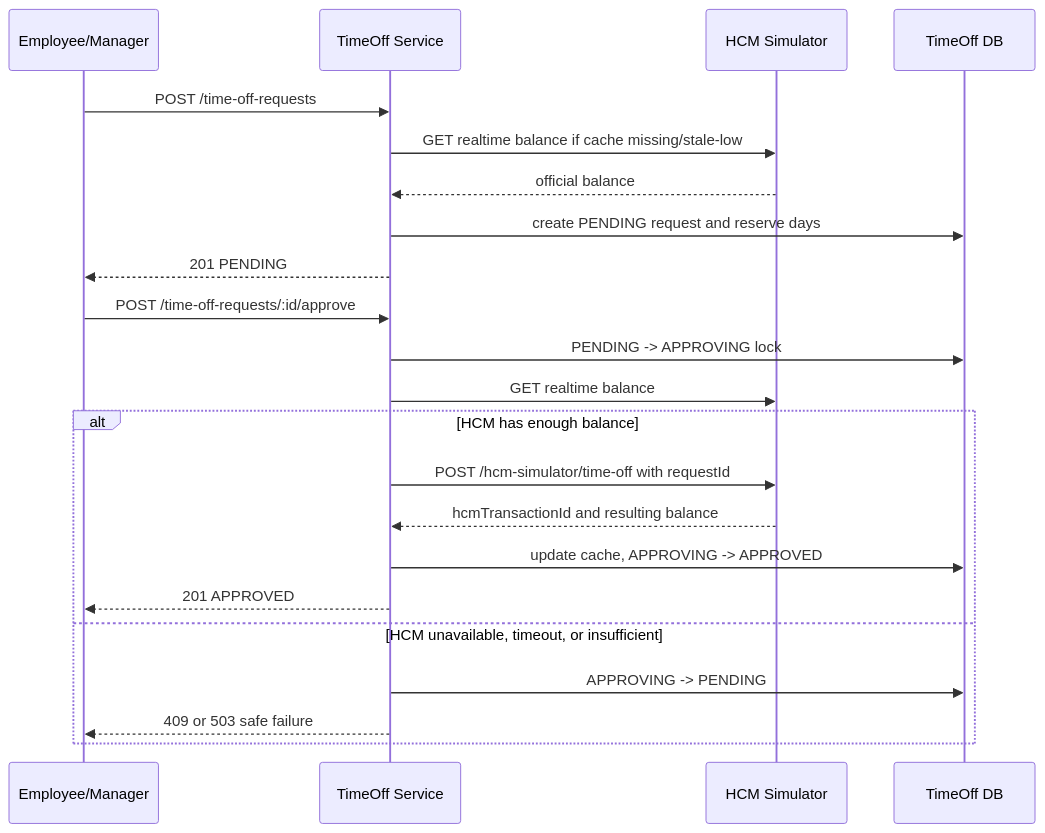
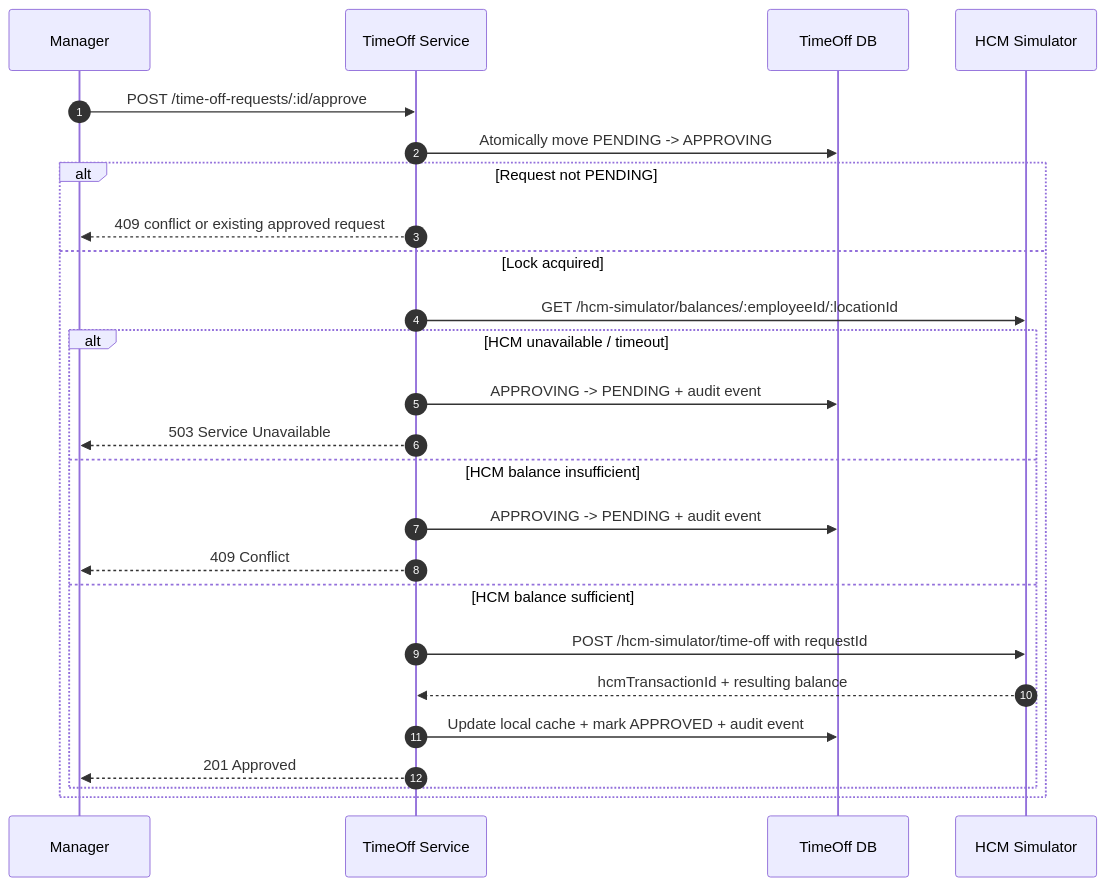
One commit to hanzlanouman/wizdaa_task changed the third of 4 diagrams in docs/TRD.md. Above: the diagram before and after it, drawn with Mermaid. The commit also changed other lines of this file and 5 other files, not shown here.

Commit message:
Documentation Update: Added Diagrams

````diff
--- a/docs/TRD.md
+++ b/docs/TRD.md
@@ -232,26 +255,28 @@
 ```mermaid
 sequenceDiagram
-    participant E as Employee/Manager
-    participant T as TimeOff Service
-    participant H as HCM Simulator
+    autonumber
+    participant Manager
+    participant TimeOff as TimeOff Service
     participant DB as TimeOff DB
+    participant HCM as HCM Simulator
 
-    E->>T: POST /time-off-requests
-    T->>H: GET realtime balance if cache missing/stale-low
-    H-->>T: official balance
-    T->>DB: create PENDING request and reserve days
-    T-->>E: 201 PENDING
-
-    E->>T: POST /time-off-requests/:id/approve
-    T->>DB: PENDING -> APPROVING lock
-    T->>H: GET realtime balance
-    alt HCM has enough balance
-        T->>H: POST /hcm-simulator/time-off with requestId
-        H-->>T: hcmTransactionId and resulting balance
-        T->>DB: update cache, APPROVING -> APPROVED
-        T-->>E: 201 APPROVED
-    else HCM unavailable, timeout, or insufficient
-        T->>DB: APPROVING -> PENDING
-        T-->>E: 409 or 503 safe failure
+    Manager->>TimeOff: POST /time-off-requests/:id/approve
+    TimeOff->>DB: Atomically move PENDING -> APPROVING
+    alt Request not PENDING
+        TimeOff-->>Manager: 409 conflict or existing approved request
+    else Lock acquired
+        TimeOff->>HCM: GET /hcm-simulator/balances/:employeeId/:locationId
+        alt HCM unavailable / timeout
+            TimeOff->>DB: APPROVING -> PENDING + audit event
+            TimeOff-->>Manager: 503 Service Unavailable
+        else HCM balance insufficient
+            TimeOff->>DB: APPROVING -> PENDING + audit event
+            TimeOff-->>Manager: 409 Conflict
+        else HCM balance sufficient
+            TimeOff->>HCM: POST /hcm-simulator/time-off with requestId
+            HCM-->>TimeOff: hcmTransactionId + resulting balance
+            TimeOff->>DB: Update local cache + mark APPROVED + audit event
+            TimeOff-->>Manager: 201 Approved
+        end
     end
 ```
````
